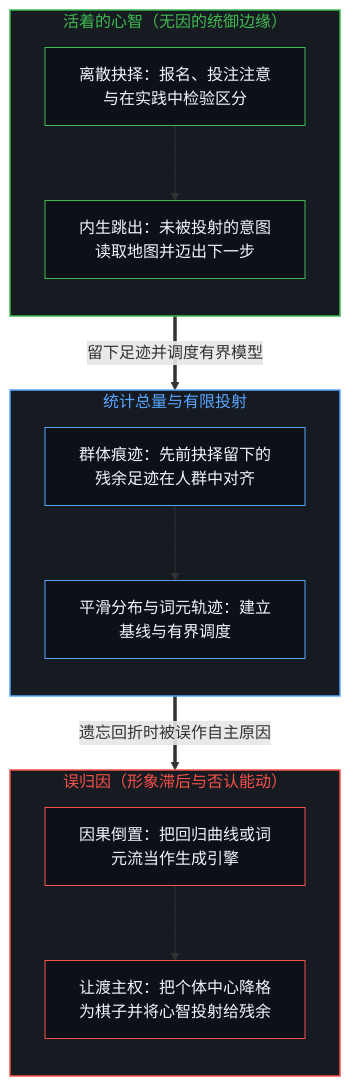
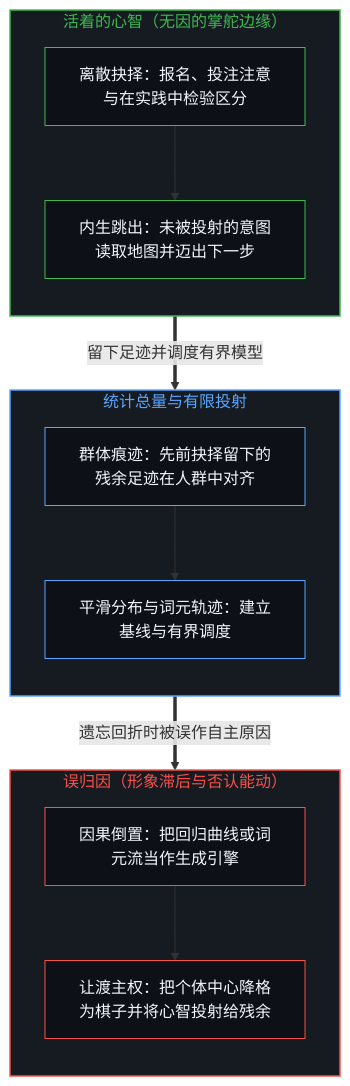
One commit to powerpig99/not-a-toe changed the first of 2 diagrams in content/posts/the-mind-that-statistics-cannot-reveal.md. Above: the diagram before and after it, drawn with Mermaid. The commit also changed other lines of this file and 5 other files, not shown here.

````diff
--- a/content/posts/the-mind-that-statistics-cannot-reveal.md
+++ b/content/posts/the-mind-that-statistics-cannot-reveal.md
@@ -49,32 +49,32 @@
 ```mermaid
 flowchart TD
-    subgraph S_Mind["活着的心智（无因的统御边缘）"]
+    subgraph S_Mind["活着的心智（无因的掌舵边缘）"]
         direction TB
         M1["离散抉择：报名、投注注意与在实践中检验区分"]
         M2["内生跳出：未被投射的意图读取地图并迈出下一步"]
         M1 --> M2
     end
     subgraph S_Stats["统计总量与有限投射"]
         direction TB
         T1["群体痕迹：先前抉择留下的残余足迹在人群中对齐"]
         T2["平滑分布与词元轨迹：建立基线与有界调度"]
         T1 --> T2
     end
     subgraph S_Mis["误归因（形象滞后与否认能动）"]
         direction TB
         X1["因果倒置：把回归曲线或词元流当作生成引擎"]
         X2["让渡主权：把个体中心降格为棋子并将心智投射给残余"]
         X1 --> X2
     end
     M2 ==>|"留下足迹并调度有界模型"| T1
     T2 ==>|"遗忘回折时被误作自主原因"| X1
     style S_Mind fill:#161b22,stroke:#3fb950,stroke-width:1.5px,color:#3fb950
     style S_Stats fill:#161b22,stroke:#58a6ff,stroke-width:1.5px,color:#58a6ff
     style S_Mis fill:#161b22,stroke:#f85149,stroke-width:1.5px,color:#f85149
     style M1 fill:#0d1117,stroke:#3fb950,stroke-width:1px,color:#f0f6fc
     style M2 fill:#0d1117,stroke:#3fb950,stroke-width:1px,color:#f0f6fc
     style T1 fill:#0d1117,stroke:#58a6ff,stroke-width:1px,color:#f0f6fc
     style T2 fill:#0d1117,stroke:#58a6ff,stroke-width:1px,color:#f0f6fc
     style X1 fill:#0d1117,stroke:#f85149,stroke-width:1px,color:#f0f6fc
     style X2 fill:#0d1117,stroke:#f85149,stroke-width:1px,color:#f0f6fc
 ```
````
